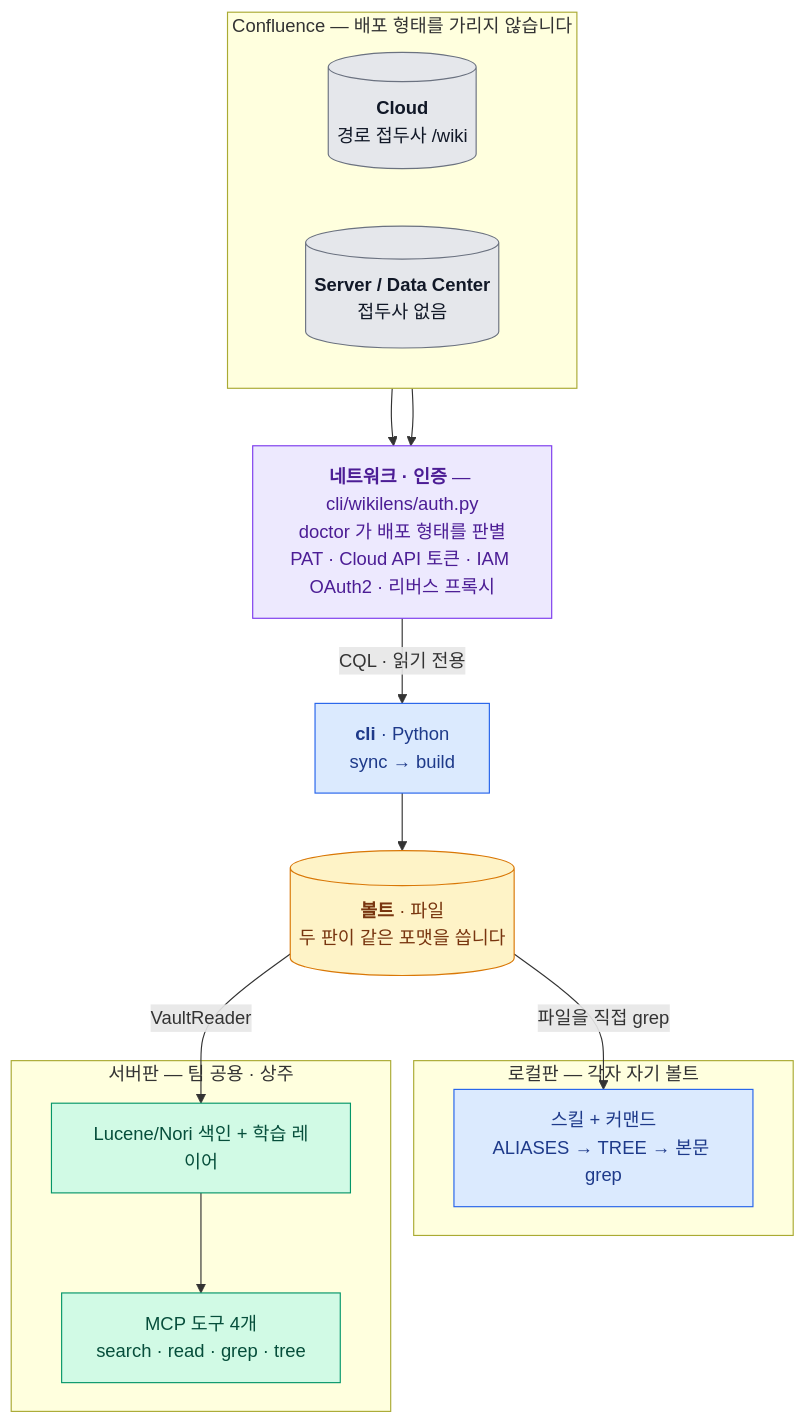
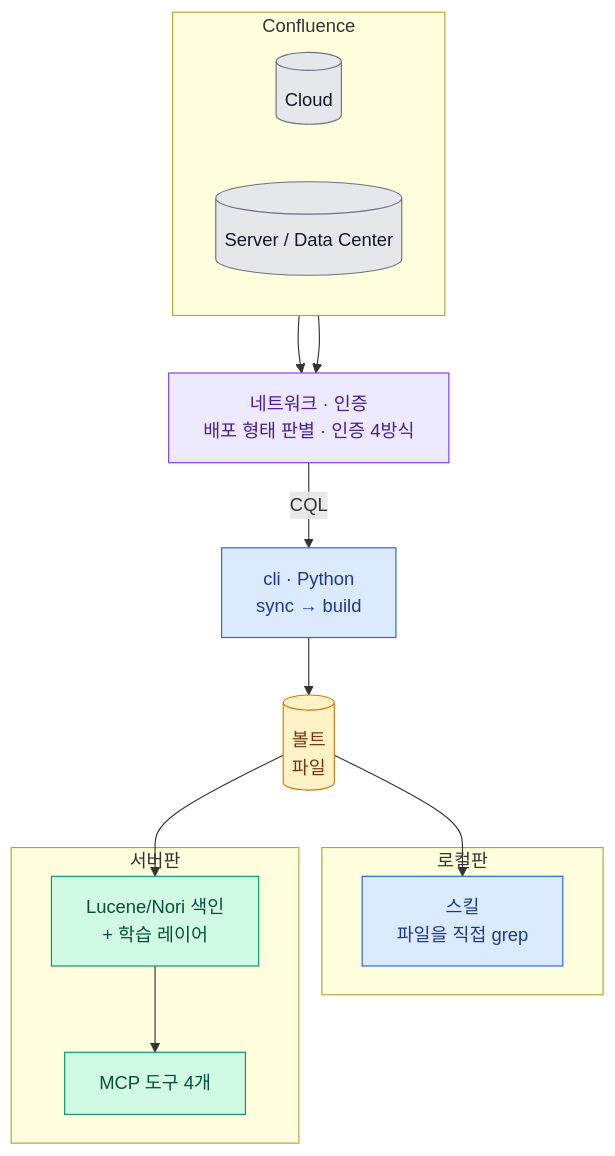
One commit to mukansei/wikilens changed the first of 2 diagrams in README.md. Above: the diagram before and after it, drawn with Mermaid. The commit also changed other lines of this file, not shown here.

````diff
--- a/README.md
+++ b/README.md
@@ -50,39 +50,38 @@
 ```mermaid
 flowchart TB
-    subgraph CONF["Confluence — 배포 형태를 가리지 않습니다"]
+    subgraph CONF["Confluence"]
         direction LR
-        CLOUD[("<b>Cloud</b><br/>경로 접두사 /wiki")]
-        DC[("<b>Server / Data Center</b><br/>접두사 없음")]
+        CLOUD[("Cloud")]
+        DC[("Server / Data Center")]
     end
 
-    NET["<b>네트워크 · 인증</b> — cli/wikilens/auth.py<br/>doctor 가 배포 형태를 판별<br/>PAT · Cloud API 토큰 · IAM OAuth2 · 리버스 프록시"]
+    NET["네트워크 · 인증<br/>배포 형태 판별 · 인증 4방식"]
+    CLI["cli · Python<br/>sync → build"]
+    VAULT[("볼트<br/>파일")]
 
-    CLI["<b>cli</b> · Python<br/>sync → build"]
-    VAULT[("<b>볼트</b> · 파일<br/>두 판이 같은 포맷을 씁니다")]
-
-    subgraph L["로컬판 — 각자 자기 볼트"]
-        LSKILL["스킬 + 커맨드<br/>ALIASES → TREE → 본문 grep"]
+    subgraph L["로컬판"]
+        LSKILL["스킬<br/>파일을 직접 grep"]
     end
 
-    subgraph S["서버판 — 팀 공용 · 상주"]
-        IDX["Lucene/Nori 색인 + 학습 레이어"]
-        MCP["MCP 도구 4개<br/>search · read · grep · tree"]
+    subgraph S["서버판"]
+        IDX["Lucene/Nori 색인<br/>+ 학습 레이어"]
+        MCP["MCP 도구 4개"]
     end
 
     CLOUD --> NET
     DC --> NET
-    NET -->|CQL · 읽기 전용| CLI --> VAULT
-    VAULT -->|"파일을 직접 grep"| LSKILL
-    VAULT -->|VaultReader| IDX --> MCP
+    NET -->|CQL| CLI --> VAULT
+    VAULT --> LSKILL
+    VAULT --> IDX --> MCP
 
     classDef ext fill:#e5e7eb,stroke:#6b7280,color:#111827
     classDef net fill:#ede9fe,stroke:#7c3aed,color:#4c1d95
     classDef py fill:#dbeafe,stroke:#2563eb,color:#1e3a8a
     classDef kt fill:#d1fae5,stroke:#059669,color:#064e3b
     classDef st fill:#fef3c7,stroke:#d97706,color:#78350f
     class CLOUD,DC ext
     class NET net
     class CLI,LSKILL py
     class IDX,MCP kt
     class VAULT st
 ```
````
